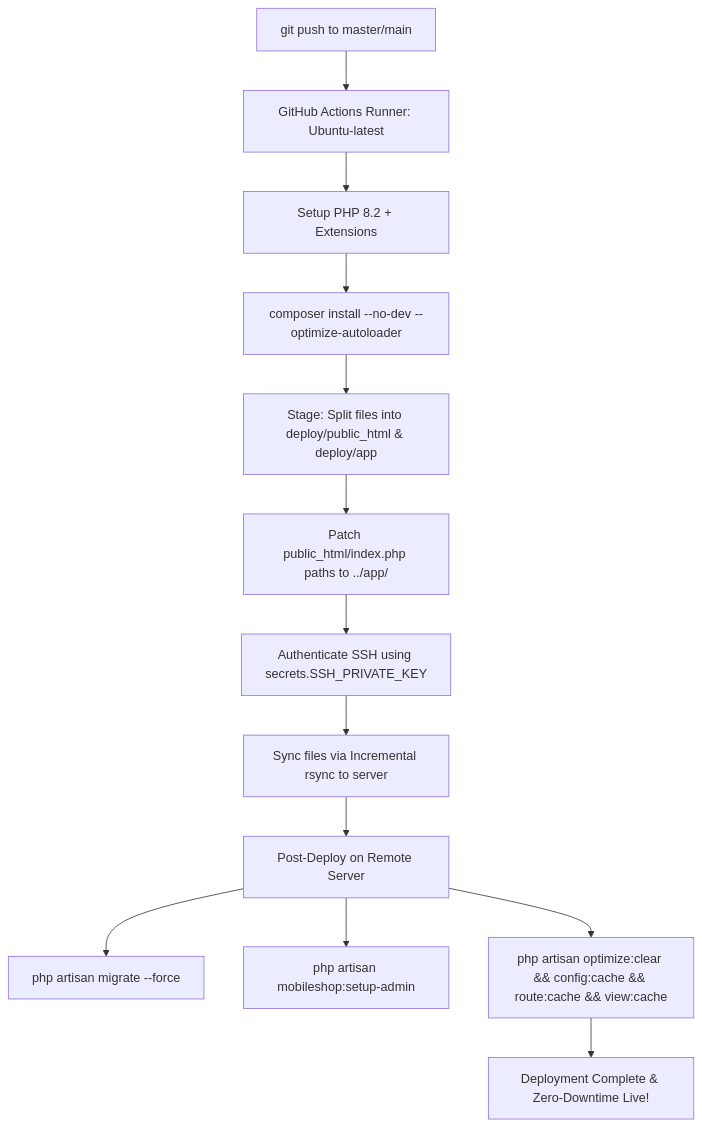
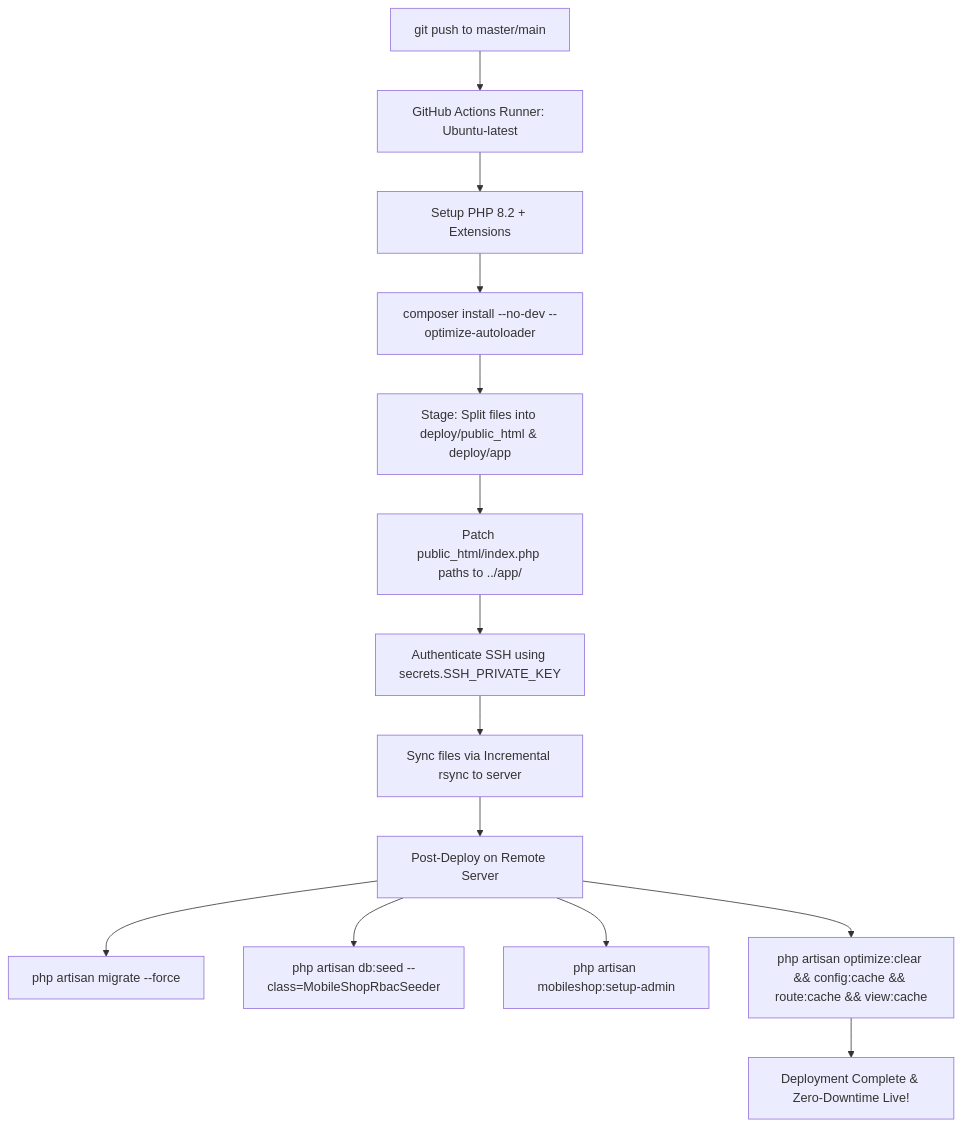
The diagram in deployemnet.md (altmash21/phonefix), drawn with Mermaid before and after one commit. The commit also changed other lines of this file and 2 other files, not shown here.

Commit message:
ci: include migrations and admin data seeding in deploy workflow

````diff
--- a/deployemnet.md
+++ b/deployemnet.md
@@ -142,15 +142,16 @@
 ```mermaid
 flowchart TD
     A[git push to master/main] --> B[GitHub Actions Runner: Ubuntu-latest]
     B --> C[Setup PHP 8.2 + Extensions]
     C --> D[composer install --no-dev --optimize-autoloader]
     D --> E[Stage: Split files into deploy/public_html & deploy/app]
     E --> F[Patch public_html/index.php paths to ../app/]
     F --> G[Authenticate SSH using secrets.SSH_PRIVATE_KEY]
     G --> H[Sync files via Incremental rsync to server]
     H --> I[Post-Deploy on Remote Server]
     I --> J[php artisan migrate --force]
-    I --> K[php artisan mobileshop:setup-admin]
-    I --> L[php artisan optimize:clear && config:cache && route:cache && view:cache]
-    L --> M[Deployment Complete & Zero-Downtime Live!]
+    I --> K[php artisan db:seed --class=MobileShopRbacSeeder]
+    I --> L[php artisan mobileshop:setup-admin]
+    I --> M[php artisan optimize:clear && config:cache && route:cache && view:cache]
+    M --> N[Deployment Complete & Zero-Downtime Live!]
 ```
````
